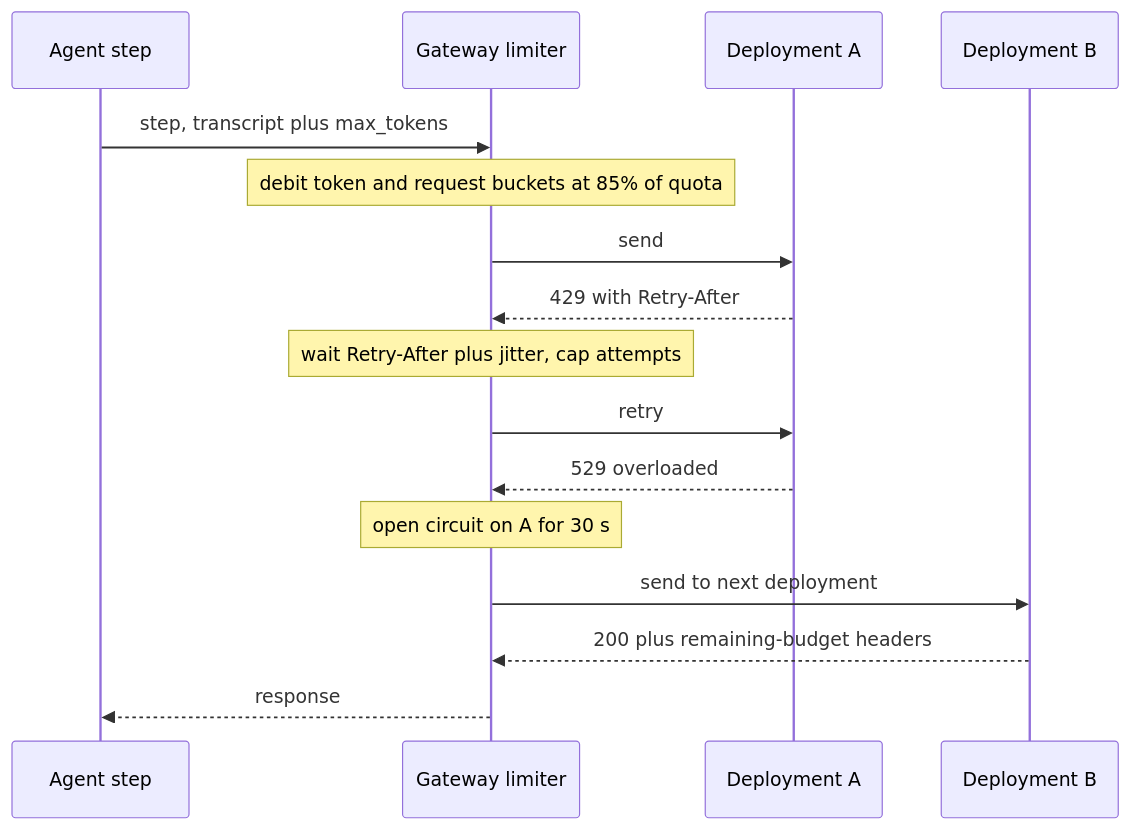
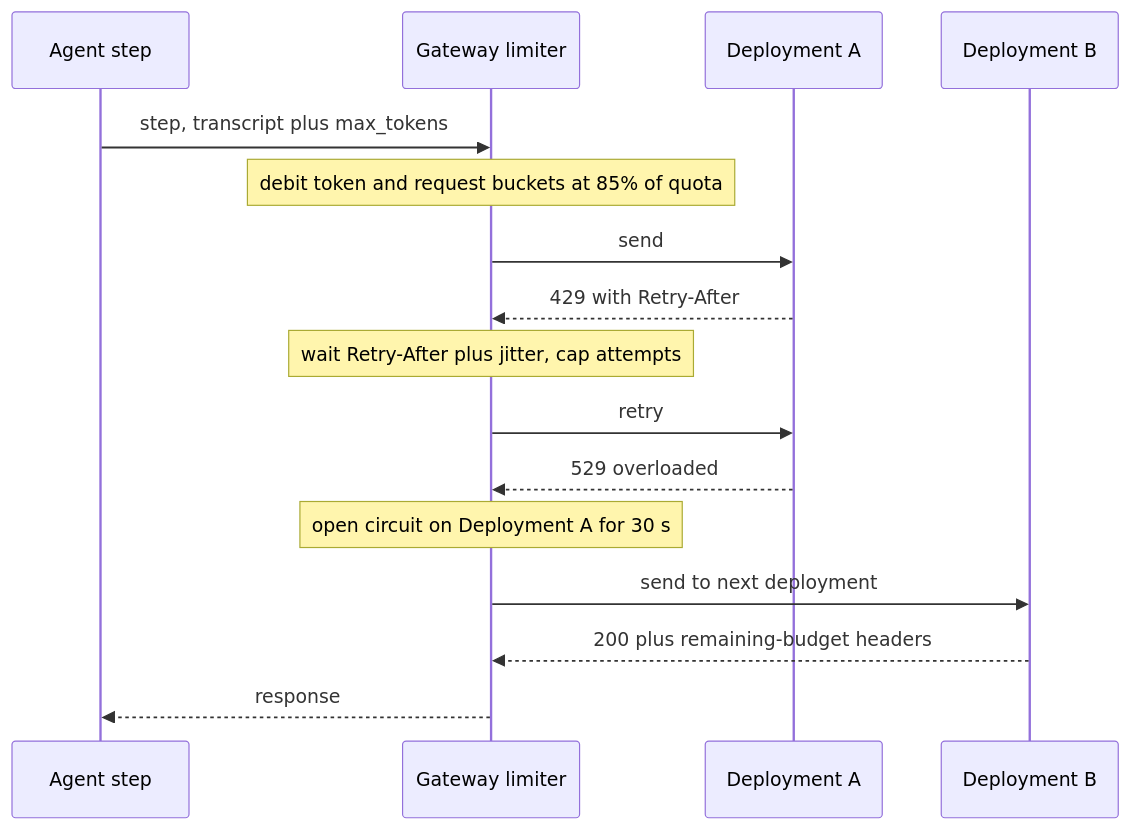
The diagram in content/infra-capacity-economics/api-provider-quotas-and-regional-limits.md (lovishmahajan97/agentic-learning), drawn with Mermaid before and after one commit. The commit also changed 454 other files, not shown here.

````diff
--- a/content/infra-capacity-economics/api-provider-quotas-and-regional-limits.md
+++ b/content/infra-capacity-economics/api-provider-quotas-and-regional-limits.md
@@ -172,18 +172,18 @@
 ```mermaid
 sequenceDiagram
     participant A as Agent step
     participant G as Gateway limiter
     participant D1 as Deployment A
     participant D2 as Deployment B
     A->>G: step, transcript plus max_tokens
     Note over G: debit token and request buckets at 85% of quota
     G->>D1: send
     D1-->>G: 429 with Retry-After
     Note over G: wait Retry-After plus jitter, cap attempts
     G->>D1: retry
     D1-->>G: 529 overloaded
-    Note over G: open circuit on A for 30 s
+    Note over G: open circuit on Deployment A for 30 s
     G->>D2: send to next deployment
     D2-->>G: 200 plus remaining-budget headers
     G-->>A: response
 ```
````
